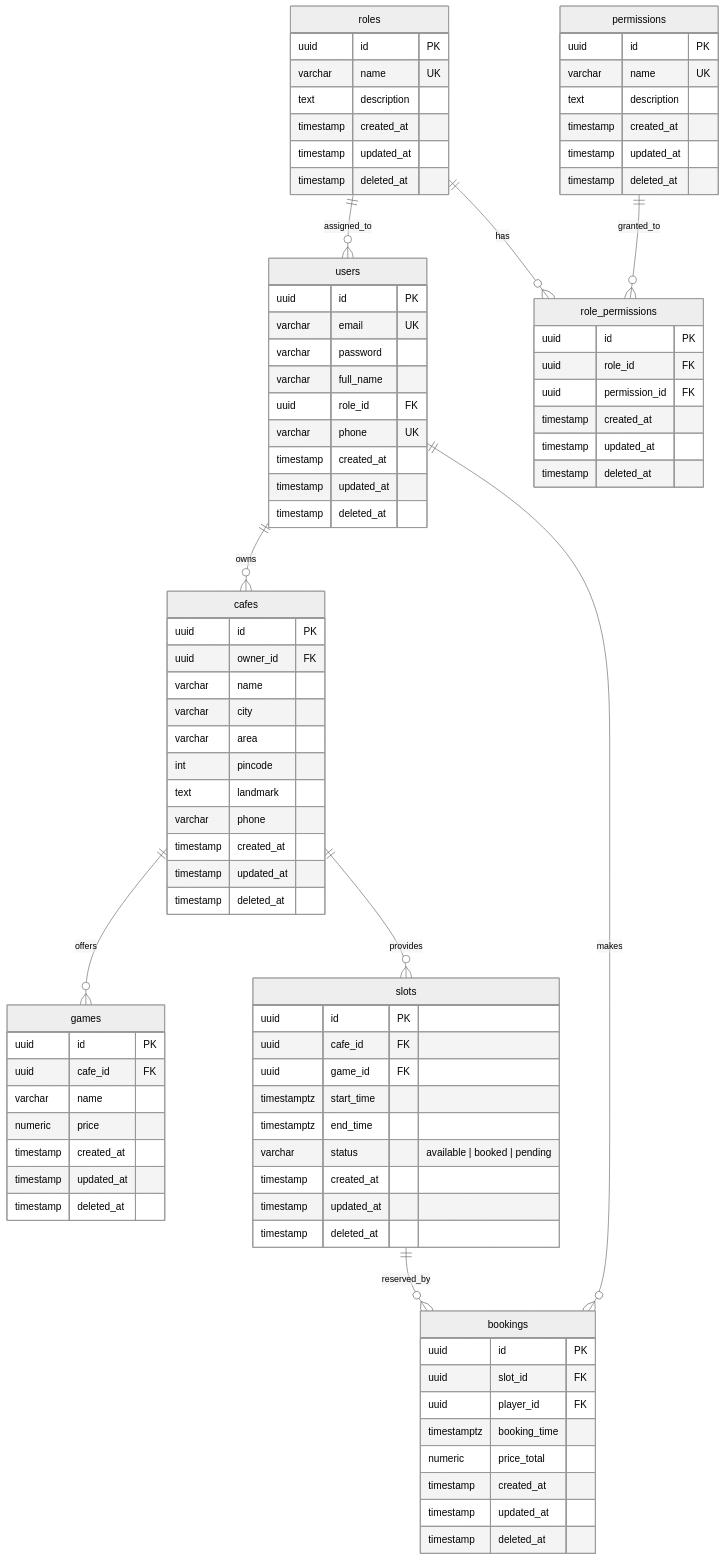
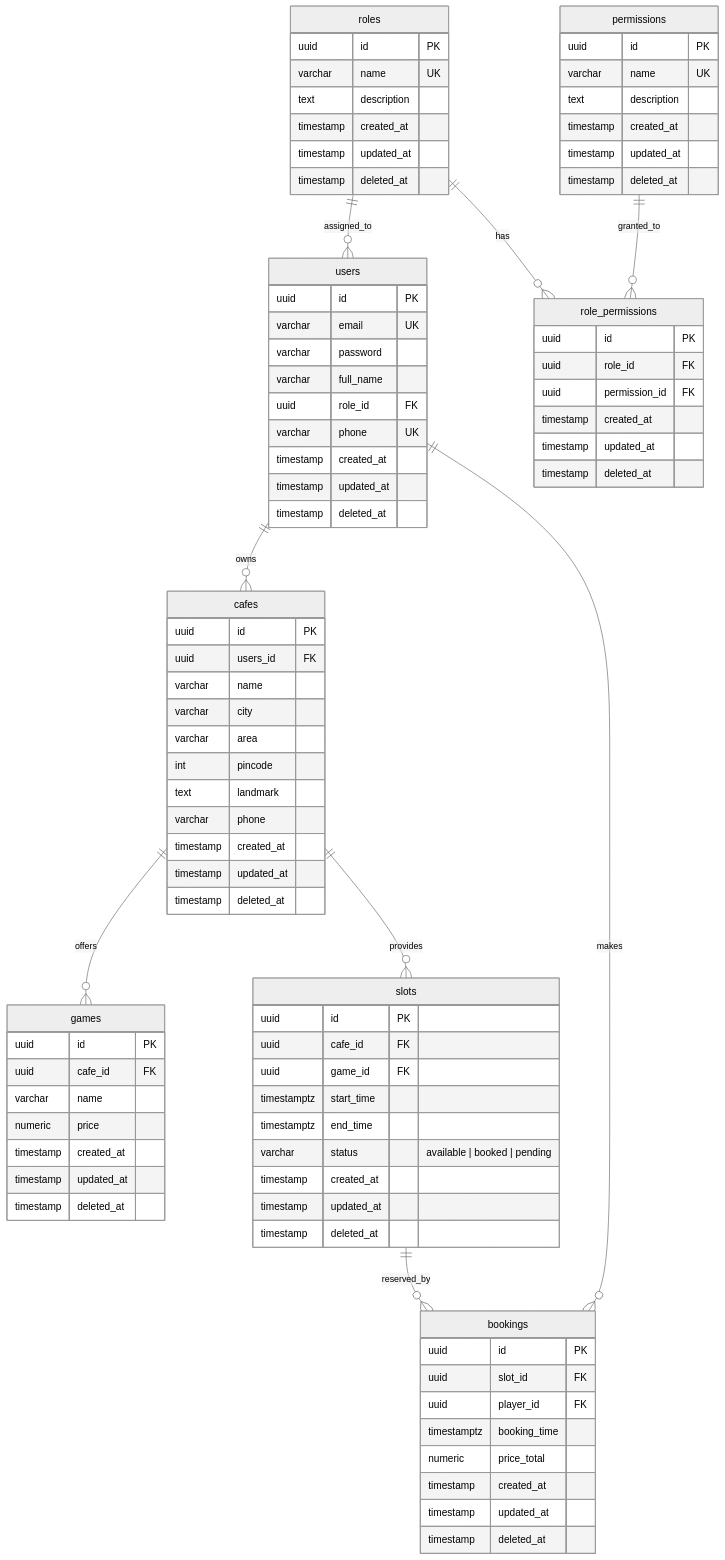
Before and after one commit to yuvrajsingh-Gkmit/gamegrid-docs: the third of 8 diagrams in docs/index.md, drawn with Mermaid (neutral theme). The commit also changed other lines of this file, not shown here.

Commit message:
feat: enhance authentication and authorization documentation with flow and indexing strategies

```diff
--- a/docs/index.md
+++ b/docs/index.md
@@ -229,7 +268,7 @@
 
 cafes {
     uuid id PK
-    uuid owner_id FK
+    uuid users_id FK
     varchar name
     varchar city
     varchar area
```
